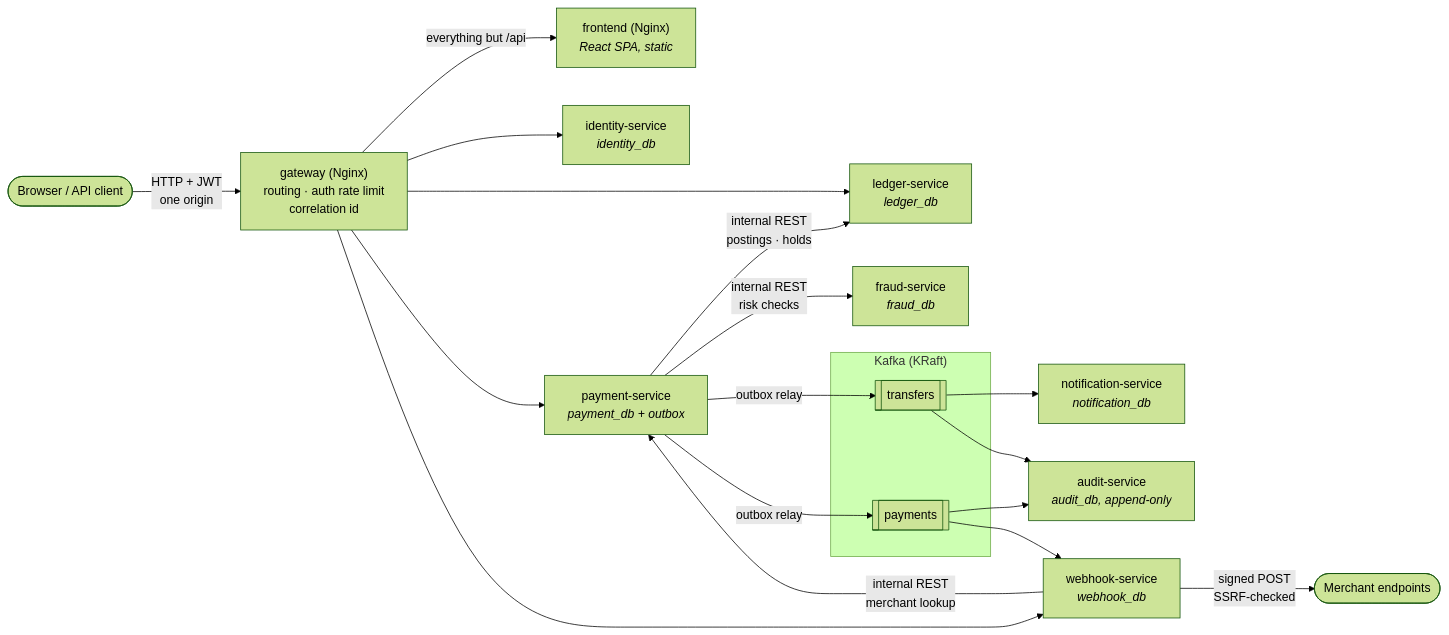
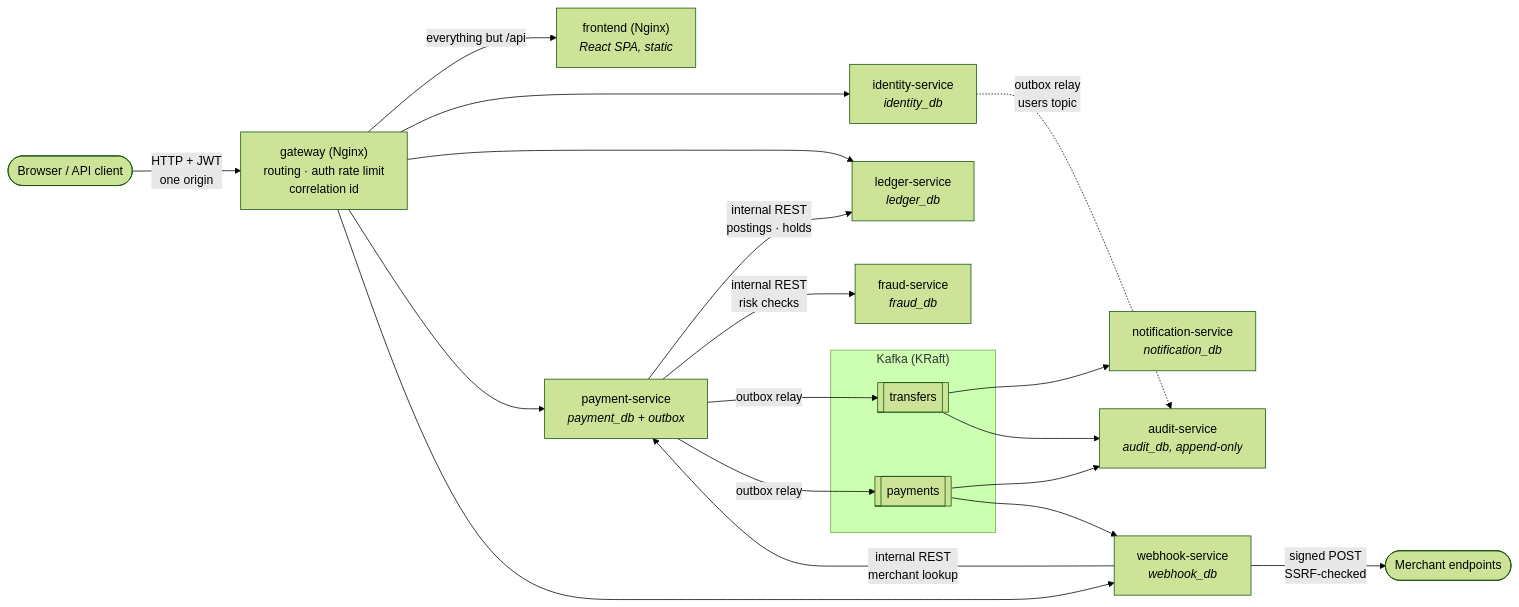
The first of 3 diagrams in docs/diagrams/architecture.md (kadirovhabibjon/FinCore), drawn with Mermaid (forest theme) before and after one commit. The commit also changed 3 other files, not shown here.

First line of the commit message:
docs: document account events and the users topic

````diff
--- a/docs/diagrams/architecture.md
+++ b/docs/diagrams/architecture.md
@@ -13,28 +13,29 @@
 ```mermaid
 flowchart LR
     CLIENT([Browser / API client]) -->|"HTTP + JWT<br/>one origin"| GW["gateway (Nginx)<br/>routing · auth rate limit<br/>correlation id"]
 
     GW -->|"everything but /api"| FE["frontend (Nginx)<br/><i>React SPA, static</i>"]
 
     GW --> ID["identity-service<br/><i>identity_db</i>"]
     GW --> LED["ledger-service<br/><i>ledger_db</i>"]
     GW --> PAY["payment-service<br/><i>payment_db + outbox</i>"]
     GW --> WH["webhook-service<br/><i>webhook_db</i>"]
 
     PAY -->|"internal REST<br/>postings · holds"| LED
     PAY -->|"internal REST<br/>risk checks"| FR["fraud-service<br/><i>fraud_db</i>"]
     WH -->|"internal REST<br/>merchant lookup"| PAY
 
     subgraph KAFKA["Kafka (KRaft)"]
         TT[[transfers]]
         TP[[payments]]
     end
 
     PAY -->|outbox relay| TT
     PAY -->|outbox relay| TP
     TT --> NO["notification-service<br/><i>notification_db</i>"]
     TT --> AU["audit-service<br/><i>audit_db, append-only</i>"]
     TP --> AU
     TP --> WH
     WH -->|"signed POST<br/>SSRF-checked"| MERCHANT([Merchant endpoints])
+    ID -.->|"outbox relay<br/>users topic"| AU
 ```
````
